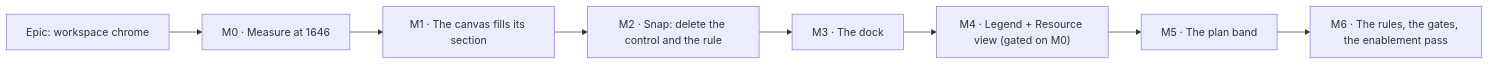
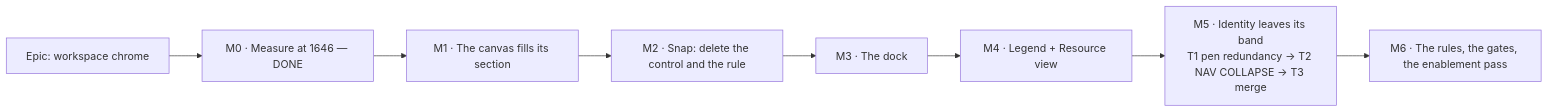
The diagram in docs/specs/workspace-chrome/implementation-plan.md (HuttonHomeHub/SchedulePoint_1), drawn with Mermaid before and after one commit. The commit also changed other lines of this file and 1 other file, not shown here.

````diff
--- a/docs/specs/workspace-chrome/implementation-plan.md
+++ b/docs/specs/workspace-chrome/implementation-plan.md
@@ -9,10 +9,10 @@
 ```mermaid
 flowchart LR
-  E["Epic: workspace chrome"] --> M0["M0 · Measure at 1646"]
+  E["Epic: workspace chrome"] --> M0["M0 · Measure at 1646 — DONE"]
   M0 --> M1["M1 · The canvas fills its section"]
   M1 --> M2["M2 · Snap: delete the control and the rule"]
   M2 --> M3["M3 · The dock"]
-  M3 --> M4["M4 · Legend + Resource view (gated on M0)"]
-  M4 --> M5["M5 · The plan band"]
+  M3 --> M4["M4 · Legend + Resource view"]
+  M4 --> M5["M5 · Identity leaves its band<br/>T1 pen redundancy → T2 NAV COLLAPSE → T3 merge"]
   M5 --> M6["M6 · The rules, the gates, the enablement pass"]
 ```
````
